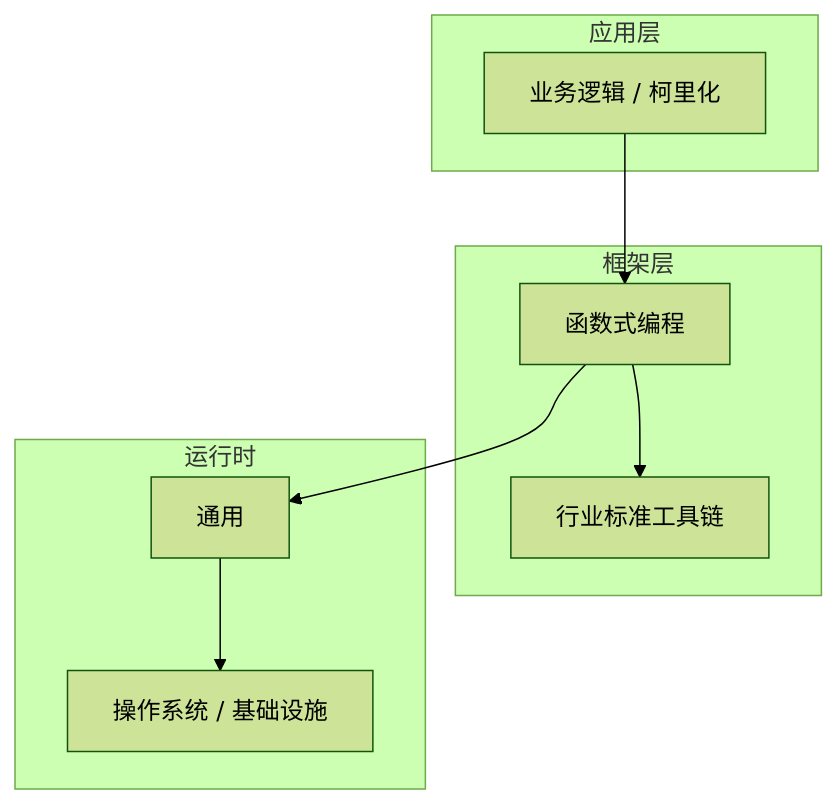
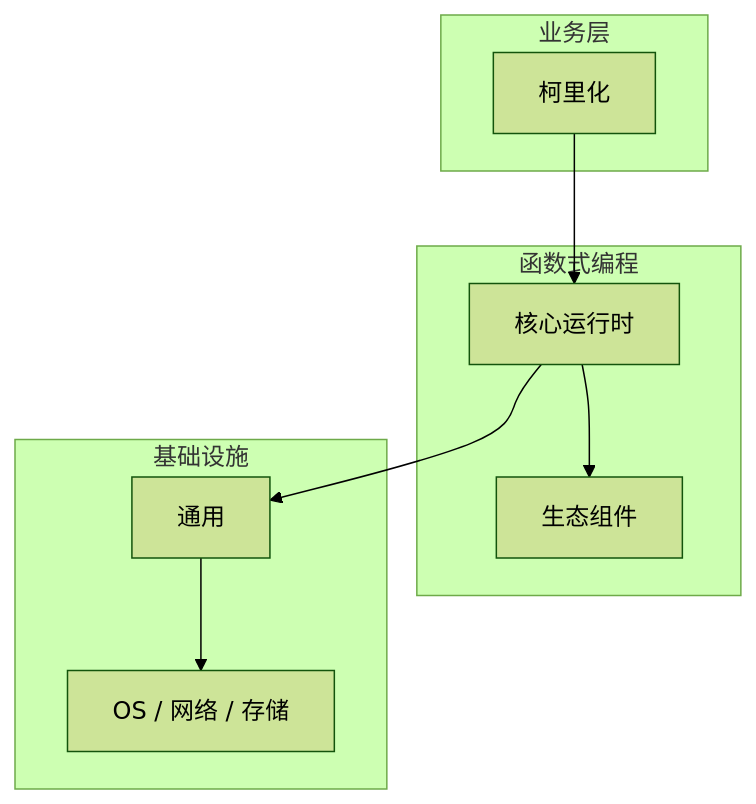
Before and after one commit to yanggan2015/knowledge-json-v2: the diagram in articles/函数式编程/chapters/031-柯里化核心概念与原理.md, drawn with Mermaid (forest theme). The commit also changed other lines of this file and 10127 other files, not shown here.

````diff
--- a/articles/函数式编程/chapters/031-柯里化核心概念与原理.md
+++ b/articles/函数式编程/chapters/031-柯里化核心概念与原理.md
@@ -45,18 +34,18 @@
 ```mermaid
 graph TB
-    subgraph 应用层
-        A[业务逻辑 / 柯里化]
+    subgraph 业务层
+        A[柯里化]
     end
-    subgraph 框架层
-        B[函数式编程]
-        C[行业标准工具链]
+    subgraph 函数式编程
+        B[核心运行时]
+        C[生态组件]
     end
-    subgraph 运行时
+    subgraph 基础设施
         D[通用]
-        E[操作系统 / 基础设施]
+        E[OS / 网络 / 存储]
     end
     A --> B
     B --> C
     B --> D
     D --> E
 ```
````
